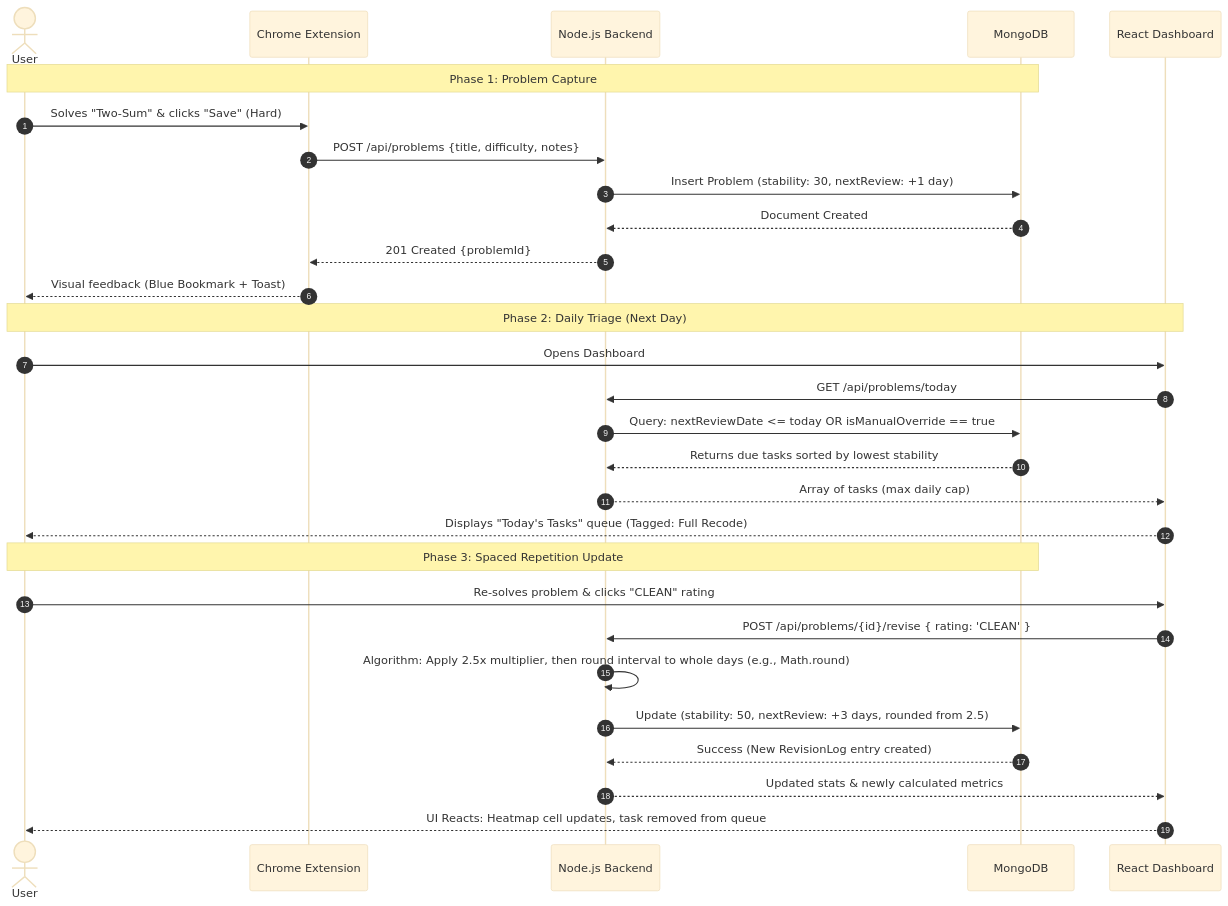
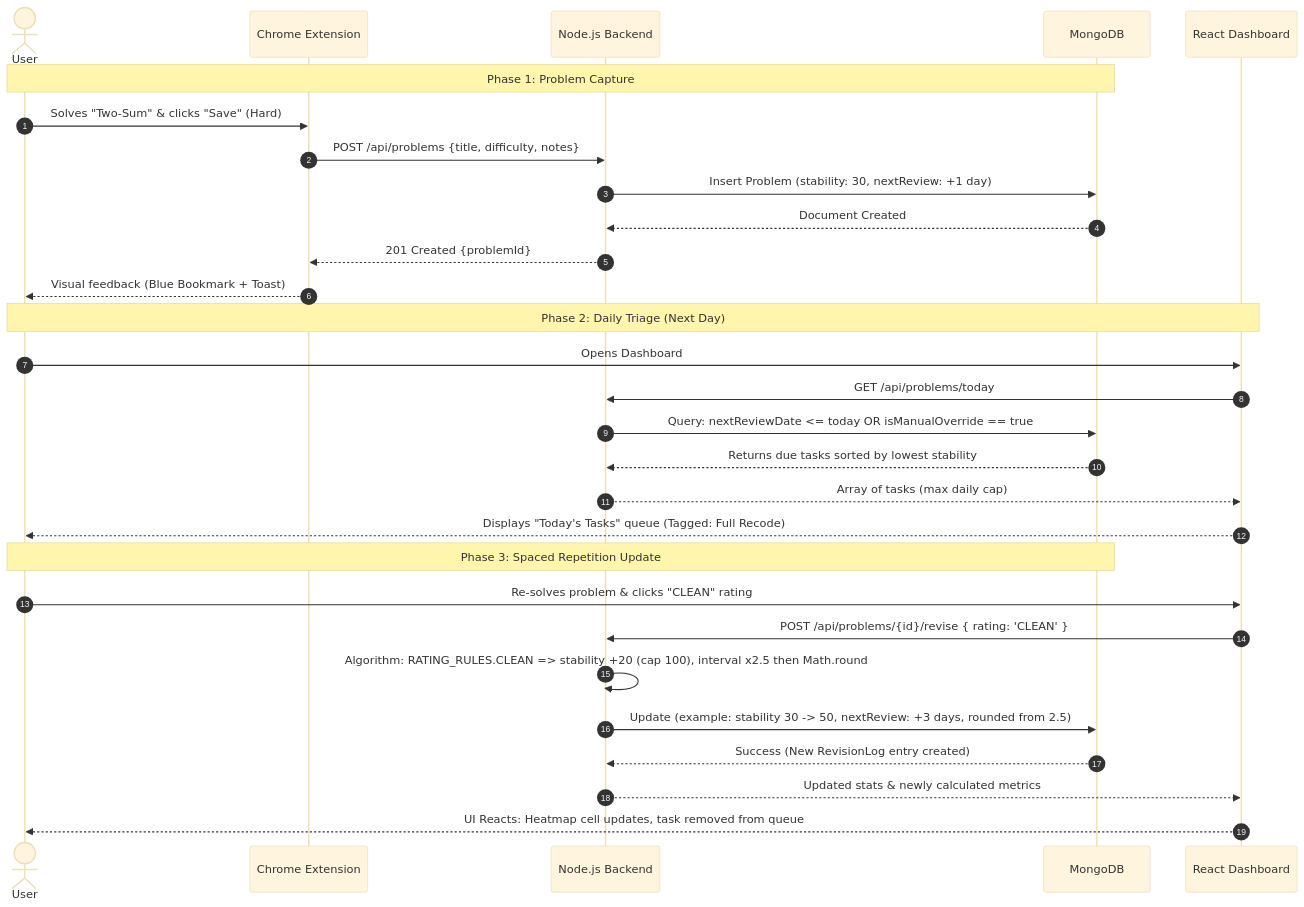
Before and after one commit to saurabhkushwaha4201/DSAReps: the second of 2 diagrams in .docs/SYSTEM_DESIGN.MD, drawn with Mermaid (base theme). The commit also changed other lines of this file and 2 other files, not shown here.

Commit message:
Update system design documentation and README for clarity on backend rules and environment variables

````diff
--- a/.docs/SYSTEM_DESIGN.MD
+++ b/.docs/SYSTEM_DESIGN.MD
@@ -172,34 +181,34 @@
 ```mermaid
 sequenceDiagram
   autonumber
   actor User
   participant Ext as Chrome Extension
   participant API as Node.js Backend
   participant DB as MongoDB
   participant Dash as React Dashboard
 
   Note over User,DB: Phase 1: Problem Capture
   User->>Ext: Solves "Two-Sum" & clicks "Save" (Hard)
   Ext->>API: POST /api/problems {title, difficulty, notes}
   API->>DB: Insert Problem (stability: 30, nextReview: +1 day)
   DB-->>API: Document Created
   API-->>Ext: 201 Created {problemId}
   Ext-->>User: Visual feedback (Blue Bookmark + Toast)
 
   Note over User,Dash: Phase 2: Daily Triage (Next Day)
   User->>Dash: Opens Dashboard
   Dash->>API: GET /api/problems/today
   API->>DB: Query: nextReviewDate <= today OR isManualOverride == true
   DB-->>API: Returns due tasks sorted by lowest stability
   API-->>Dash: Array of tasks (max daily cap)
   Dash-->>User: Displays "Today's Tasks" queue (Tagged: Full Recode)
 
   Note over User,DB: Phase 3: Spaced Repetition Update
   User->>Dash: Re-solves problem & clicks "CLEAN" rating
   Dash->>API: POST /api/problems/{id}/revise { rating: 'CLEAN' }
-  API->>API: Algorithm: Apply 2.5x multiplier, then round interval to whole days (e.g., Math.round)
-  API->>DB: Update (stability: 50, nextReview: +3 days, rounded from 2.5)
+  API->>API: Algorithm: RATING_RULES.CLEAN => stability +20 (cap 100), interval x2.5 then Math.round
+  API->>DB: Update (example: stability 30 -> 50, nextReview: +3 days, rounded from 2.5)
   DB-->>API: Success (New RevisionLog entry created)
   API-->>Dash: Updated stats & newly calculated metrics
   Dash-->>User: UI Reacts: Heatmap cell updates, task removed from queue
 ```
````
